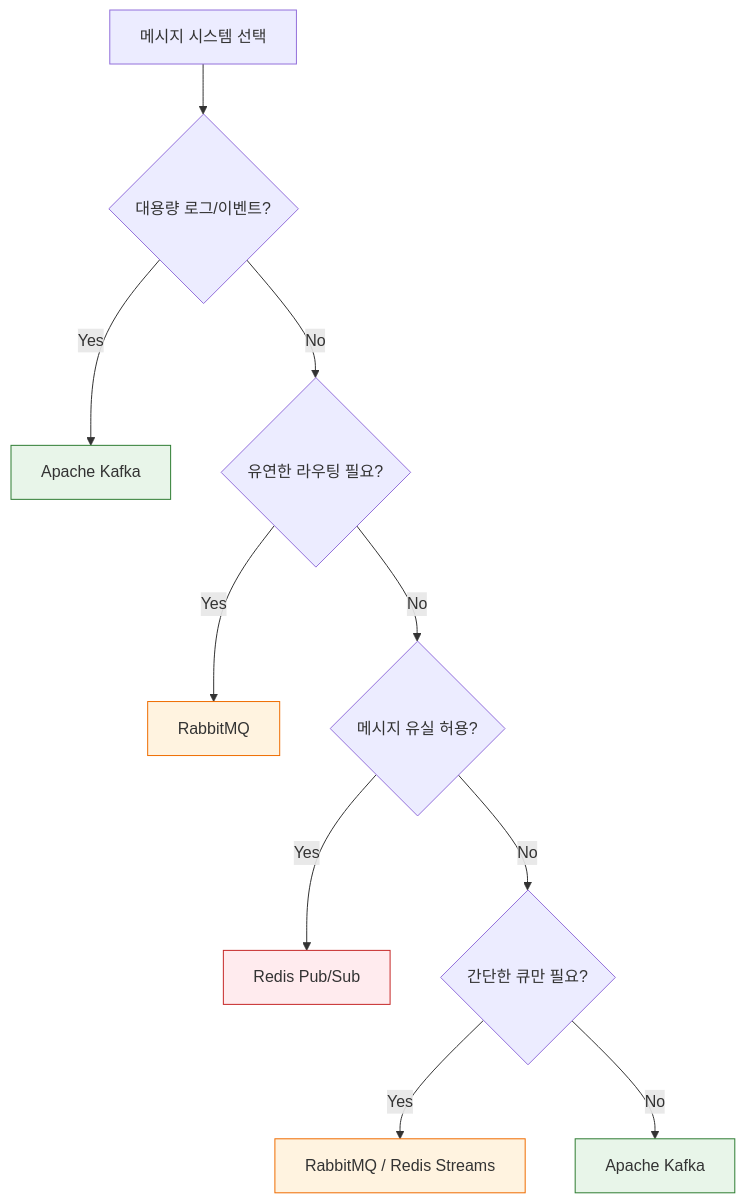
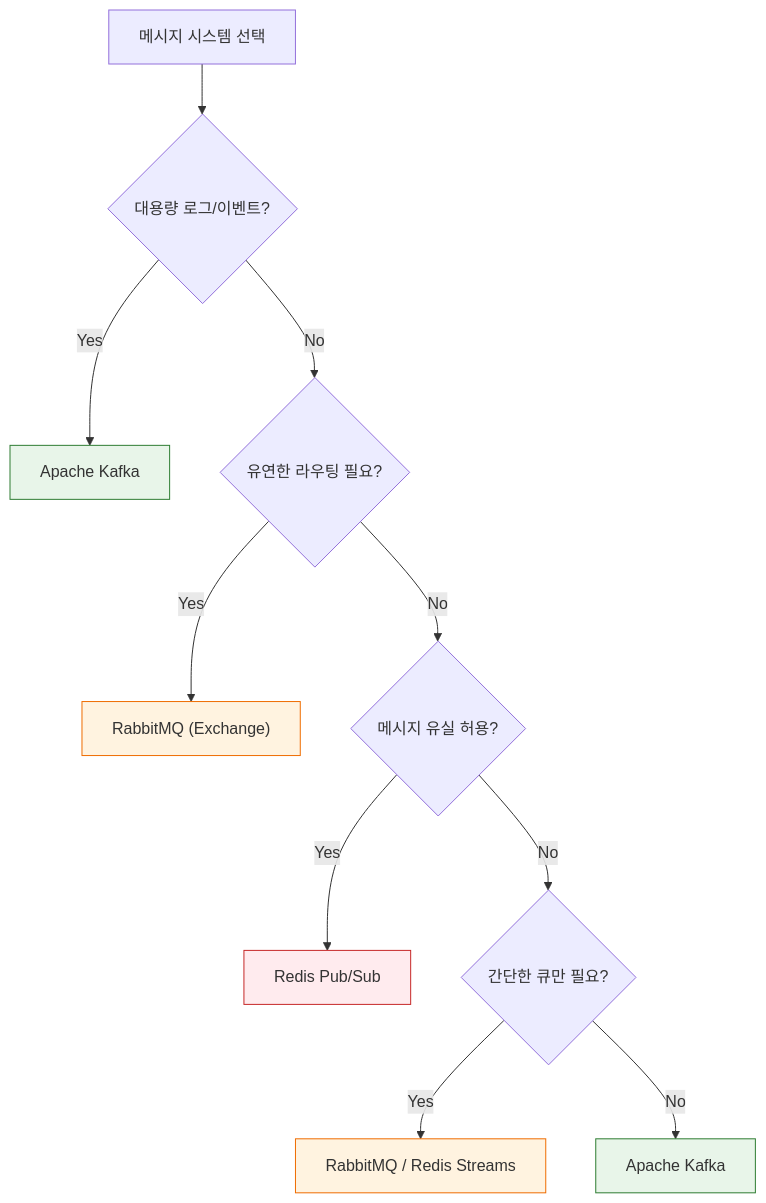
The fifth of 6 diagrams in content/learning/deep-dive/deep-dive-message-queue-comparison.md (jyukki97/study-blog), drawn with Mermaid before and after one commit. The commit also changed 23 other files, not shown here.

Commit message:
feat: improve mobile UX with collapsible TOC and fix mermaid syntax errors

````diff
--- a/content/learning/deep-dive/deep-dive-message-queue-comparison.md
+++ b/content/learning/deep-dive/deep-dive-message-queue-comparison.md
@@ -302,22 +302,22 @@
 ```mermaid
 flowchart TD
-    Start[메시지 시스템 선택] --> Q1{대용량 로그/이벤트?}
+    Start["메시지 시스템 선택"] --> Q1{"대용량 로그/이벤트?"}
     
-    Q1 -->|Yes| Kafka[Apache Kafka]
-    Q1 -->|No| Q2{유연한 라우팅 필요?}
+    Q1 -->|Yes| Kafka["Apache Kafka"]
+    Q1 -->|No| Q2{"유연한 라우팅 필요?"}
     
-    Q2 -->|Yes| RabbitMQ[RabbitMQ]
-    Q2 -->|No| Q3{메시지 유실 허용?}
+    Q2 -->|Yes| RabbitMQ["RabbitMQ (Exchange)"]
+    Q2 -->|No| Q3{"메시지 유실 허용?"}
     
-    Q3 -->|Yes| Redis[Redis Pub/Sub]
-    Q3 -->|No| Q4{간단한 큐만 필요?}
+    Q3 -->|Yes| Redis["Redis Pub/Sub"]
+    Q3 -->|No| Q4{"간단한 큐만 필요?"}
     
     Q4 -->|Yes| RabbitMQ2[RabbitMQ / Redis Streams]
     Q4 -->|No| Kafka2[Apache Kafka]
     
     style Kafka fill:#e8f5e9,stroke:#2e7d32
     style Kafka2 fill:#e8f5e9,stroke:#2e7d32
     style RabbitMQ fill:#fff3e0,stroke:#ef6c00
     style RabbitMQ2 fill:#fff3e0,stroke:#ef6c00
     style Redis fill:#ffebee,stroke:#c62828
 ```
````
